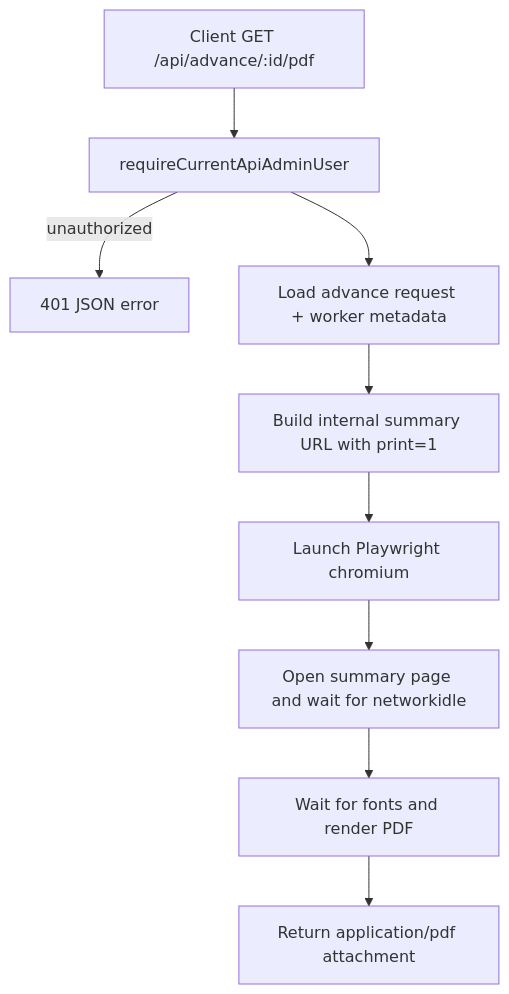
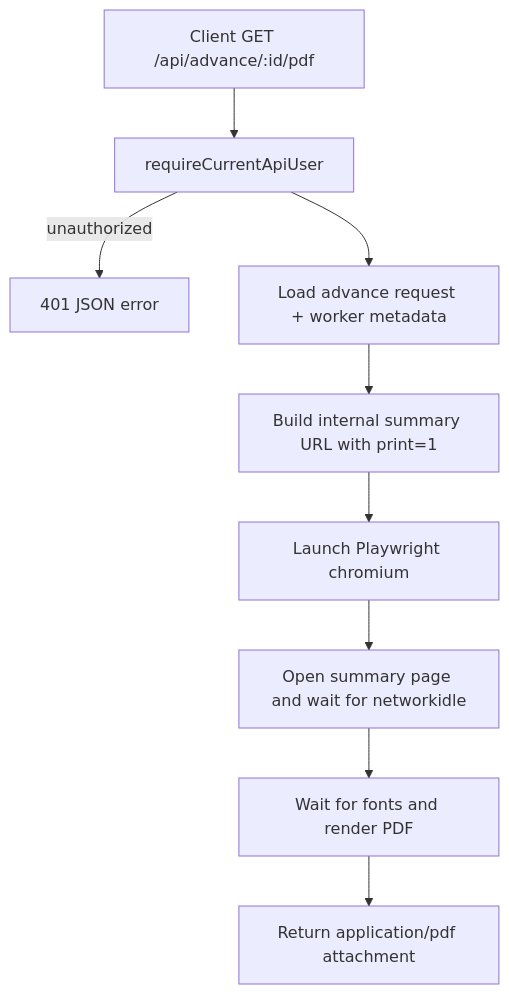
One commit to daniellim922/One-Laundry-Project-Alpha-v1 changed the first of 5 diagrams in .codex/docs/api-workflows.md. Above: the diagram before and after it, drawn with Mermaid. The commit also changed other lines of this file and 73 other files, not shown here.

First line of the commit message:
refactor: update authentication flow and documentation

````diff
--- a/.codex/docs/api-workflows.md
+++ b/.codex/docs/api-workflows.md
@@ -31,11 +31,11 @@
 ```mermaid
 flowchart TD
-    A[Client GET /api/advance/:id/pdf] --> B[requireCurrentApiAdminUser]
+    A[Client GET /api/advance/:id/pdf] --> B[requireCurrentApiUser]
     B -->|unauthorized| X[401 JSON error]
     B --> C[Load advance request + worker metadata]
     C --> D[Build internal summary URL with print=1]
     D --> E[Launch Playwright chromium]
     E --> F[Open summary page and wait for networkidle]
     F --> G[Wait for fonts and render PDF]
     G --> H[Return application/pdf attachment]
 ```
````
